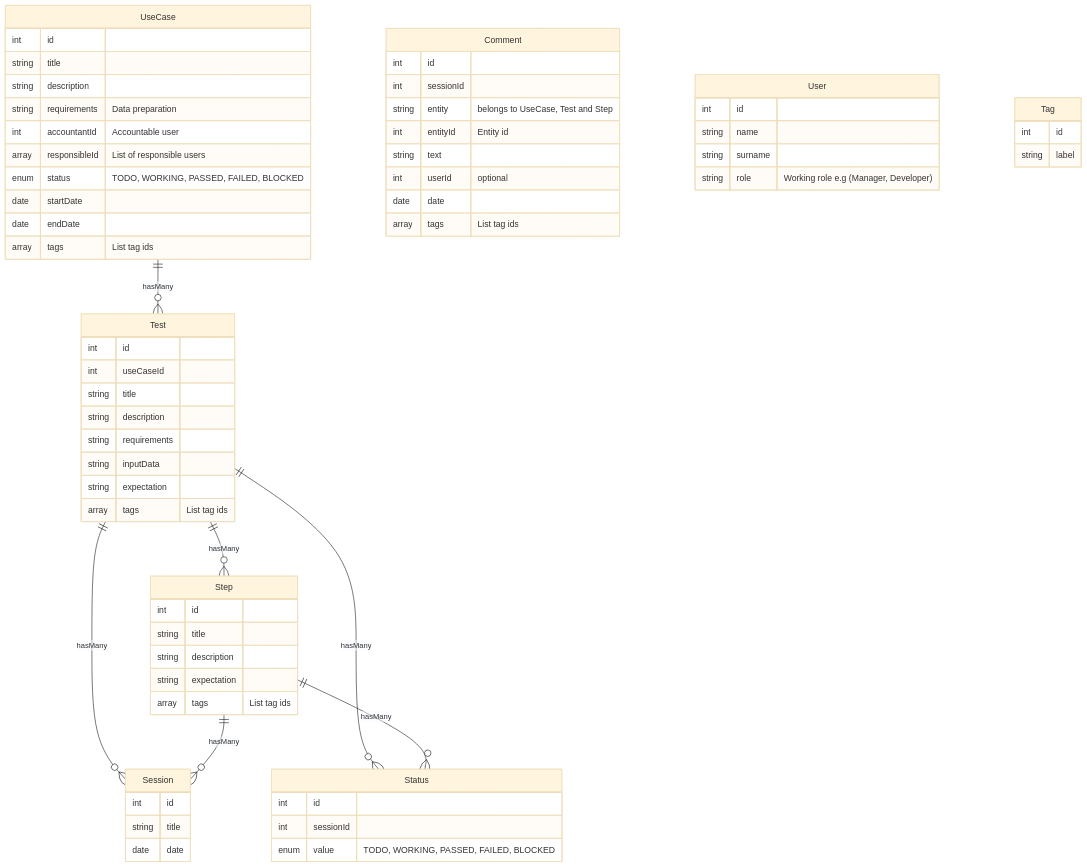
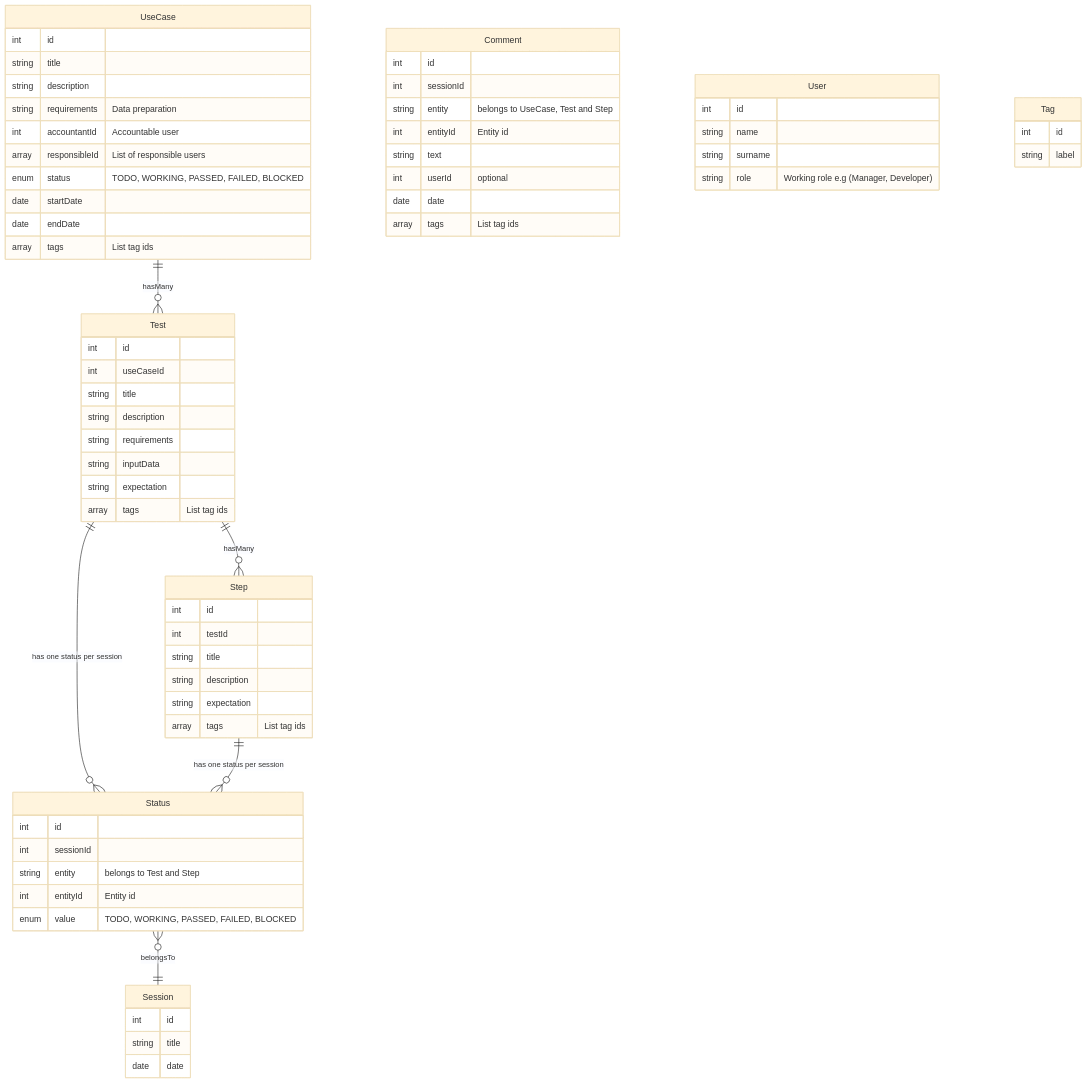
The diagram in doc/data-model.md (intesys/ytestbook), drawn with Mermaid (base theme) before and after one commit.

Commit message:
Reorganize data model

````diff
--- a/doc/data-model.md
+++ b/doc/data-model.md
@@ -12,68 +12,70 @@
 ```mermaid
 erDiagram
   UseCase {
     int id
     string title
     string description
     string requirements "Data preparation"
     int accountantId "Accountable user"
     array responsibleId "List of responsible users"
     enum status "TODO, WORKING, PASSED, FAILED, BLOCKED"
     date startDate
     date endDate
     array tags "List tag ids"
   }
   Test {
     int id
     int useCaseId
     string title
     string description
     string requirements
     string inputData
     string expectation
     array tags "List tag ids"
   }
   Step {
     int id
+    int testId
     string title
     string description
     string expectation
     array tags "List tag ids"
   }
   Session {
     int id
     string title
     date date
   }
   Status {
     int id
     int sessionId
+    string entity "belongs to Test and Step"
+    int entityId "Entity id"
     enum value "TODO, WORKING, PASSED, FAILED, BLOCKED"
   }
   Comment {
     int id
     int sessionId
     string entity "belongs to UseCase, Test and Step"
     int entityId "Entity id"
     string text
     int userId "optional"
     date date
     array tags "List tag ids"
   }
   User {
     int id
     string name
     string surname
     string role "Working role e.g (Manager, Developer)"
   }
   Tag {
     int id
     string label
   }
   UseCase   ||--o{   Test     : hasMany
   Test      ||--o{   Step     : hasMany
-  Test      ||--o{   Session  : hasMany
-  Step      ||--o{   Session  : hasMany
-  Test      ||--o{   Status   : hasMany
-  Step      ||--o{   Status   : hasMany
+  Test      ||--o{   Status   : "has one status per session" 
+  Step      ||--o{   Status   : "has one status per session"
+  Status    }o--||   Session  : belongsTo
 ```
````
